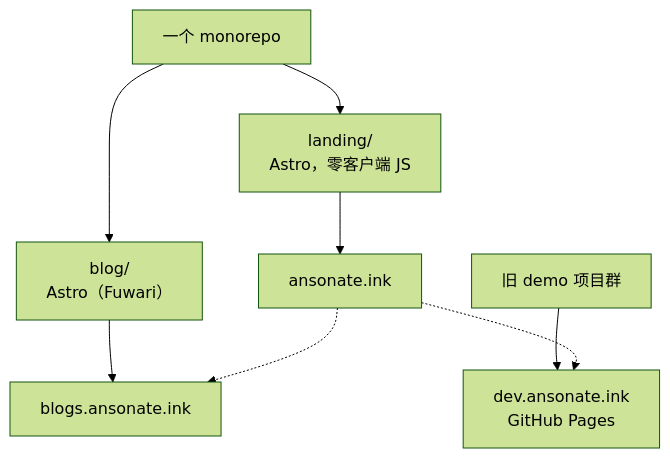
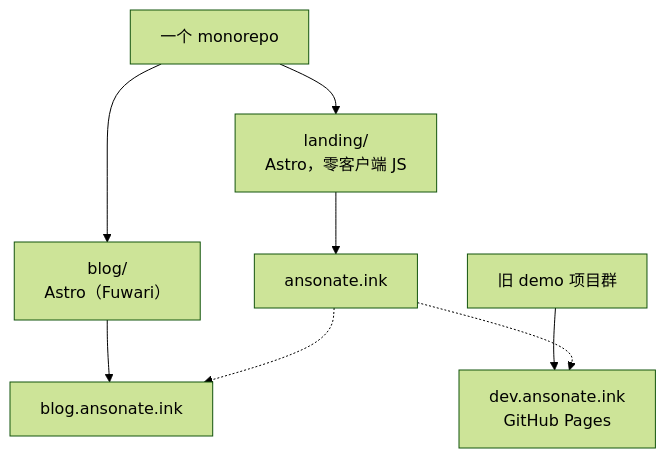
The first of 2 diagrams in blog/src/content/posts/jekyll-to-astro.md (Anson2251/Anson2251.github.io), drawn with Mermaid (forest theme) before and after one commit. The commit also changed other lines of this file and 7 other files, not shown here.

Commit message:
fix: move blogs to blog

````diff
--- a/blog/src/content/posts/jekyll-to-astro.md
+++ b/blog/src/content/posts/jekyll-to-astro.md
@@ -14,11 +14,11 @@
 ```mermaid
 flowchart TD
     R["一个 monorepo"]
     R --> L["landing/<br/>Astro，零客户端 JS"]
     R --> B["blog/<br/>Astro（Fuwari）"]
     L --> A["ansonate.ink"]
-    B --> D["blogs.ansonate.ink"]
+    B --> D["blog.ansonate.ink"]
     O["旧 demo 项目群"] --> E["dev.ansonate.ink<br/>GitHub Pages"]
     A -.-> D
     A -.-> E
 ```
````
